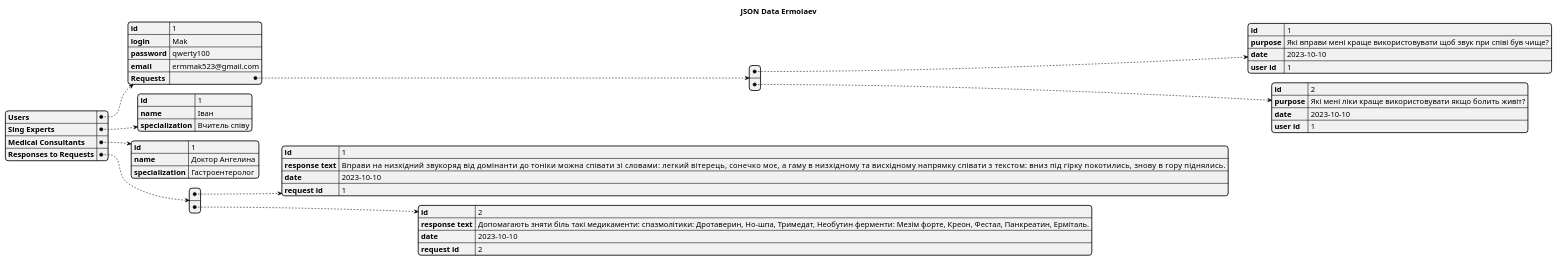
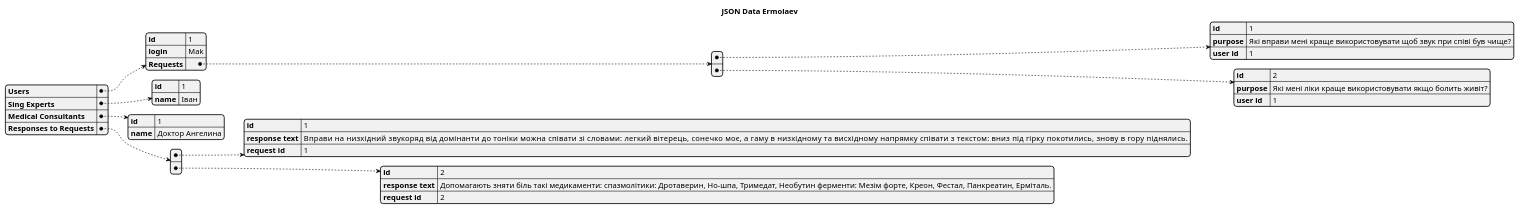
One commit to oleksandrblazhko/ai-214-ermolaev changed the diagram in 2-SoftwareDesign/2.7-PlantUML/DataModel.puml. Above: the diagram before and after it, drawn with PlantUML.

```diff
--- a/2-SoftwareDesign/2.7-PlantUML/DataModel.puml
+++ b/2-SoftwareDesign/2.7-PlantUML/DataModel.puml
@@ -1,51 +1,44 @@
 @startjson
 
 title JSON Data Ermolaev
 {
   "Users": {
     "id": "1",
     "login": "Mak",
-    "password": "qwerty100",
-    "email": "ermmak523@gmail.com",
     "Requests": [
     {
     "id": "1",
     "purpose": "Які вправи мені краще використовувати щоб звук при співі був чище?",
-    "date": "2023-10-10",
     "user id": 1
     },
     {
     "id": "2",
     "purpose": "Які мені ліки краще використовувати якщо болить живіт?",
-    "date": "2023-10-10",
     "user id": 1
     }
   ]
   },
   "Sing Experts": {
     "id": "1",
-    "name": "Іван",
-    "specialization": "Вчитель співу"
+    "name": "Іван"
   },
   "Medical Consultants": {
     "id": "1",
-    "name": "Доктор Ангелина",
-    "specialization": "Гастроентеролог "
+    "name": "Доктор Ангелина"
   },
   "Responses to Requests": [
     {
     "id": "1",
     "response text": "Вправи на низхідний звукоряд від домінанти до тоніки можна  співати  зі  словами: легкий  вітерець,  сонечко  моє, а  гаму  в  низхідному  та висхідному  напрямку  співати  з  текстом: вниз  під  гірку  покотились,  знову  в  гору піднялись.",
-    "date": "2023-10-10",
     "request id": 1
     },
     {
     "id": "2",
     "response text": "Допомагають зняти біль такі медикаменти: спазмолітики: Дротаверин, Но-шпа, Тримедат, Необутин ферменти: Мезім форте, Креон, Фестал, Панкреатин, Ерміталь.",
-    "date": "2023-10-10",
+
     "request id": 2
     }
   ]
 }
 
 @endjson
```
